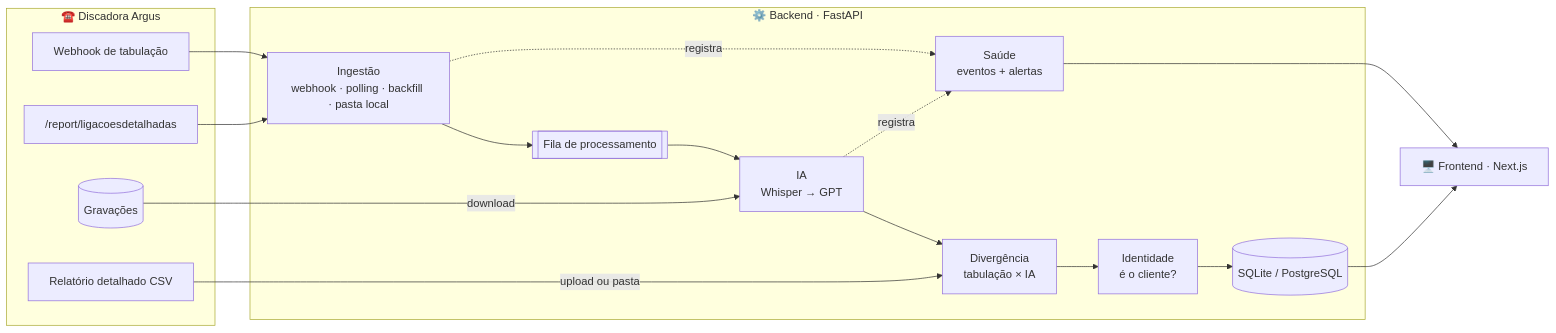
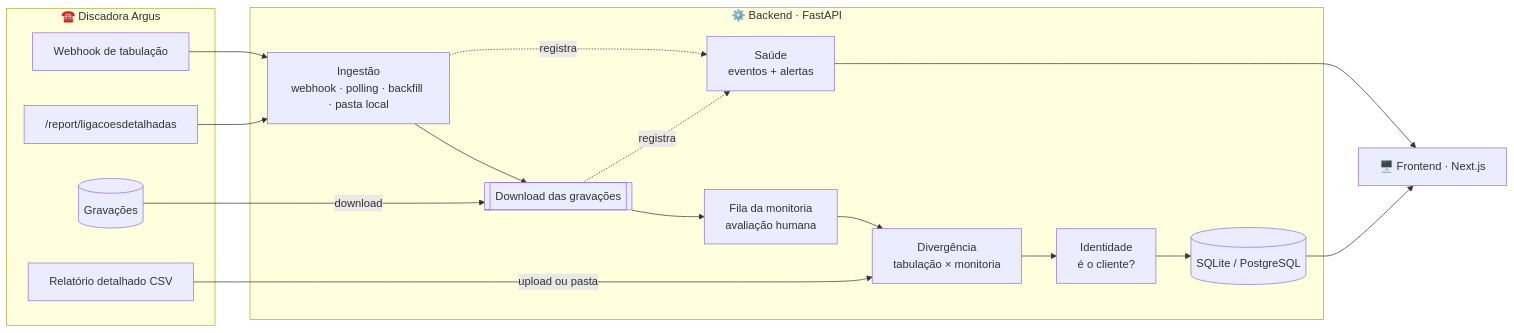
Before and after one commit to nanzinx/Crivo: the diagram in README.md, drawn with Mermaid. The commit also changed other lines of this file and 66 other files, not shown here.

First line of the commit message:
Monitoria humana, fase 1: tira a IA, o resultado vem da monitora

````diff
--- a/README.md
+++ b/README.md
@@ -166,31 +147,31 @@
 ```mermaid
 flowchart LR
     subgraph Argus["☎️ Discadora Argus"]
         WH[Webhook de tabulação]
         REP["/report/ligacoesdetalhadas"]
         REC[(Gravações)]
         CSV[Relatório detalhado CSV]
     end
 
     subgraph Backend["⚙️ Backend · FastAPI"]
         IN[Ingestão<br/>webhook · polling · backfill · pasta local]
-        Q[[Fila de processamento]]
-        IA[IA<br/>Whisper → GPT]
-        DIV[Divergência<br/>tabulação × IA]
+        Q[[Download das gravações]]
+        MON[Fila da monitoria<br/>avaliação humana]
+        DIV[Divergência<br/>tabulação × monitoria]
         ID[Identidade<br/>é o cliente?]
         DB[(SQLite / PostgreSQL)]
         ST[Saúde<br/>eventos + alertas]
     end
 
     UI["🖥️ Frontend · Next.js"]
 
     WH --> IN
     REP --> IN
     CSV -->|upload ou pasta| DIV
-    IN --> Q --> IA --> DIV --> ID --> DB
-    REC -->|download| IA
+    IN --> Q --> MON --> DIV --> ID --> DB
+    REC -->|download| Q
     IN -.registra.-> ST
-    IA -.registra.-> ST
+    Q -.registra.-> ST
     DB --> UI
     ST --> UI
 ```
````
